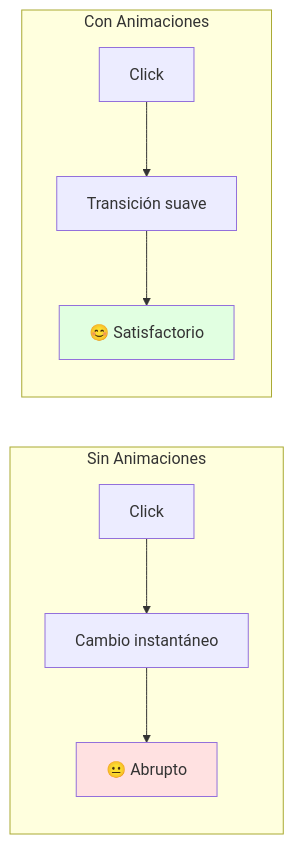
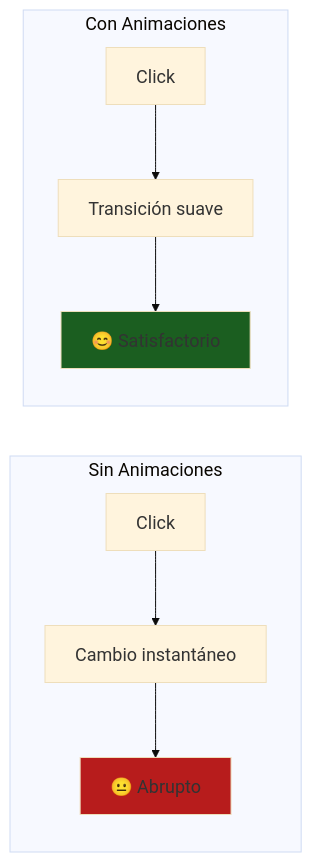
The eighth of 12 diagrams in courses/🟡-development/FPUNA-2026/01-DESARROLLO-SOFTWARE/especializaciones/web-development/04-diseno-ui-ux.md (Ai-Whisperers/Courses-Content), drawn with Mermaid before and after one commit. The commit also changed other lines of this file and 47 other files, not shown here.

First line of the commit message:
fix: Make all 473 diagrams WCAG AAA accessible (FPUNA-2026)

````diff
--- a/courses/🟡-development/FPUNA-2026/01-DESARROLLO-SOFTWARE/especializaciones/web-development/04-diseno-ui-ux.md
+++ b/courses/🟡-development/FPUNA-2026/01-DESARROLLO-SOFTWARE/especializaciones/web-development/04-diseno-ui-ux.md
@@ -782,15 +789,16 @@
 ```mermaid
+%%{init: {'theme':'base', 'themeVariables': {'fontSize':'18px'}}}%%
 graph LR
     subgraph "Sin Animaciones"
         A1[Click] --> A2[Cambio instantáneo]
         A2 --> A3[😐 Abrupto]
     end
     
     subgraph "Con Animaciones"
         B1[Click] --> B2[Transición suave]
         B2 --> B3[😊 Satisfactorio]
     end
     
-    style A3 fill:#FFE1E1
-    style B3 fill:#E1FFE1
+    style A3 fill:#b71c1c
+    style B3 fill:#1b5e20
 ```
````
